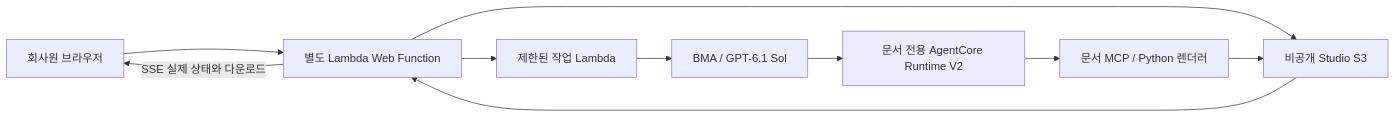
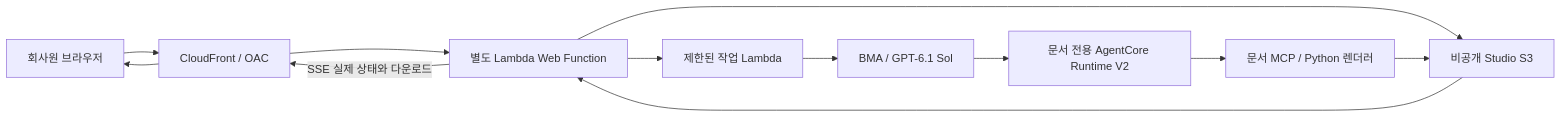
The diagram in docs/document-studio.md (whchoi98/bma-openai), drawn with Mermaid before and after one commit. The commit also changed other lines of this file and 38 other files, not shown here.

First line of the commit message:
feat: serve both Web Functions through CloudFront with Lambda Web OAC

````diff
--- a/docs/document-studio.md
+++ b/docs/document-studio.md
@@ -52,12 +56,14 @@
 ```mermaid
 flowchart LR
-  U[회사원 브라우저] --> W[별도 Lambda Web Function]
+  U[회사원 브라우저] --> CF[CloudFront / OAC]
+  CF --> W[별도 Lambda Web Function]
   W --> S[비공개 Studio S3]
   W --> F[제한된 작업 Lambda]
   F --> B[BMA / GPT-6.1 Sol]
   B --> R[문서 전용 AgentCore Runtime V2]
   R --> M[문서 MCP / Python 렌더러]
   M --> S
   S --> W
-  W -->|SSE 실제 상태와 다운로드| U
+  W -->|SSE 실제 상태와 다운로드| CF
+  CF --> U
 ```
````
